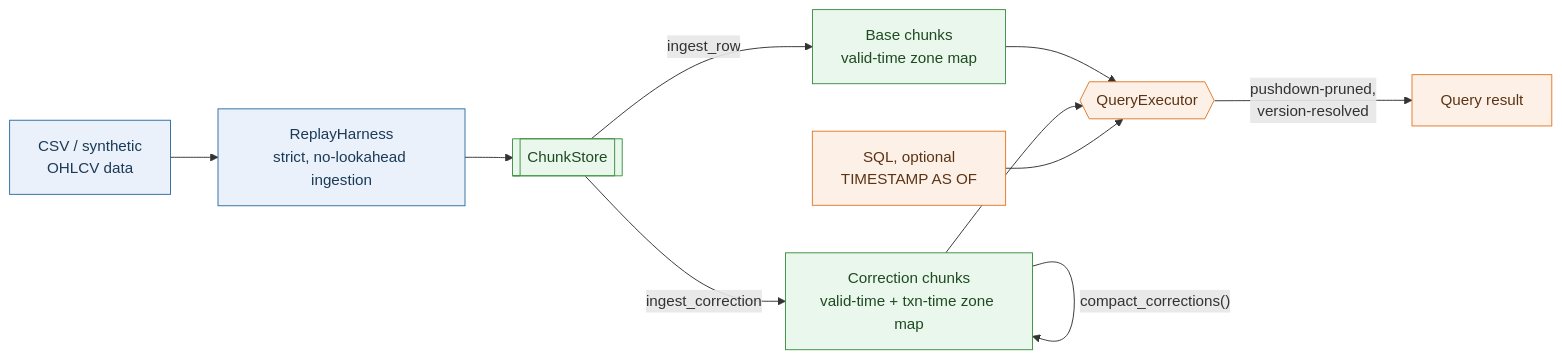
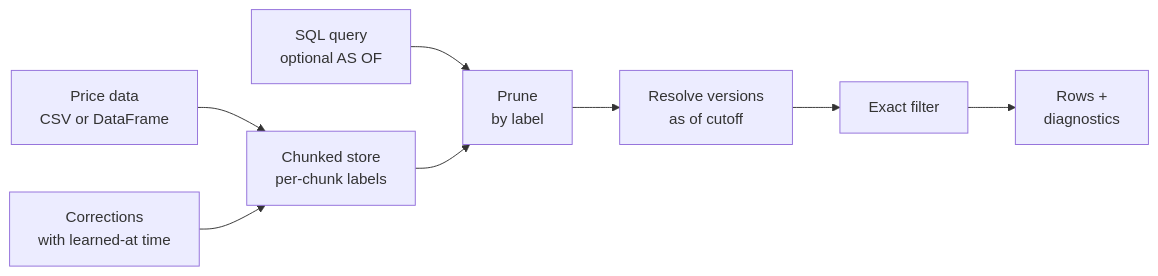
One commit to Shri2909/PitDB changed the diagram in README.md. Above: the diagram before and after it, drawn with Mermaid. The commit also changed other lines of this file and 6 other files, not shown here.

First line of the commit message:
docs: rewrite README, ARCHITECTURE and METHODOLOGY for a 60-second skim

````diff
--- a/README.md
+++ b/README.md
@@ -69,19 +29,10 @@
 ```mermaid
 flowchart LR
-    A["CSV / synthetic<br/>OHLCV data"] --> B["ReplayHarness<br/>strict, no-lookahead ingestion"]
-    B --> C[["ChunkStore"]]
-    C -->|"ingest_row"| D["Base chunks<br/>valid-time zone map"]
-    C -->|"ingest_correction"| E["Correction chunks<br/>valid-time + txn-time zone map"]
-    E -->|"compact_corrections()"| E
-    D --> F{{"QueryExecutor"}}
-    E --> F
-    G["SQL, optional<br/>TIMESTAMP AS OF"] --> F
-    F -->|"pushdown-pruned,<br/>version-resolved"| H["Query result"]
-
-    classDef ingest fill:#EAF1FB,stroke:#2F6FA3,color:#1B3A57,stroke-width:1px;
-    classDef store fill:#EAF7EC,stroke:#3F9142,color:#1F4B21,stroke-width:1px;
-    classDef query fill:#FDF1E7,stroke:#E07A2D,color:#5C3315,stroke-width:1px;
-    class A,B ingest;
-    class C,D,E store;
-    class F,G,H query;
+    A["Price data<br/>CSV or DataFrame"] --> B["Chunked store<br/>per-chunk labels"]
+    C["Corrections<br/>with learned-at time"] --> B
+    Q["SQL query<br/>optional AS OF"] --> P["Prune<br/>by label"]
+    B --> P
+    P --> V["Resolve versions<br/>as of cutoff"]
+    V --> F["Exact filter"]
+    F --> R["Rows +<br/>diagnostics"]
 ```
````
